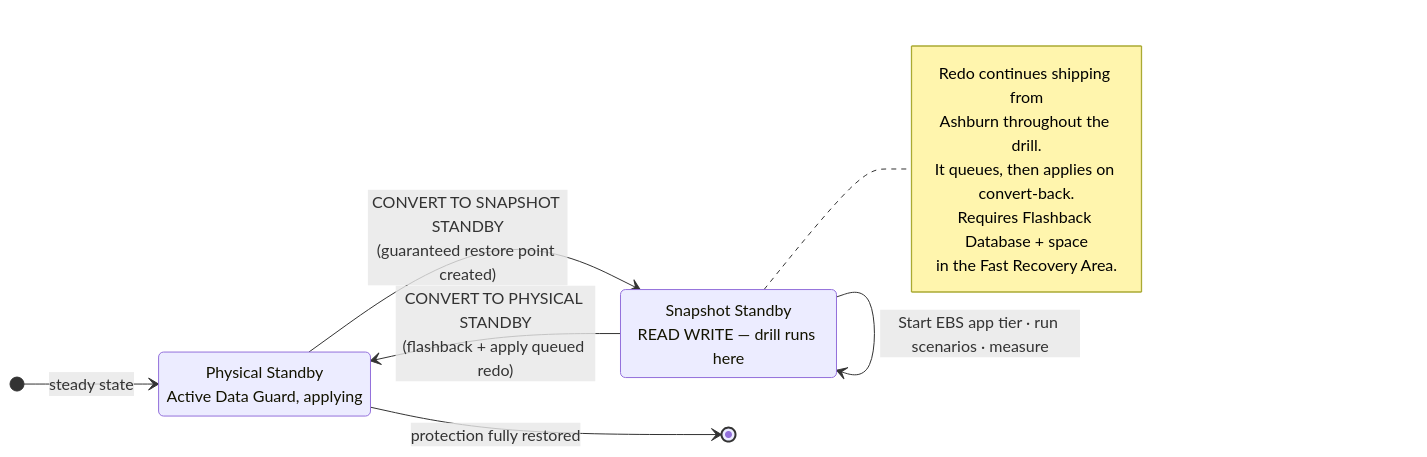
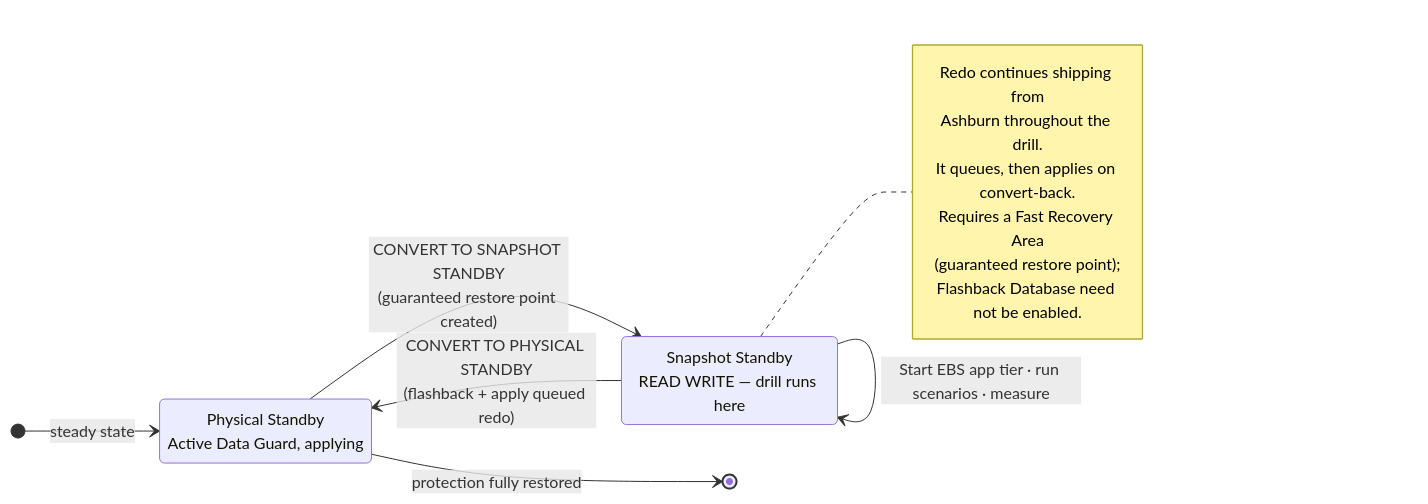
One commit to opscontinuum/oci-itscp changed the diagram in runbooks/RB-04-dr-drill.md. Above: the diagram before and after it, drawn with Mermaid. The commit also changed other lines of this file and 40 other files, not shown here.

````diff
--- a/runbooks/RB-04-dr-drill.md
+++ b/runbooks/RB-04-dr-drill.md
@@ -28,19 +30,20 @@
 ```mermaid
 stateDiagram-v2
     direction LR
     [*] --> Physical: steady state
     Physical: Physical Standby<br/>Active Data Guard, applying
     Snapshot: Snapshot Standby<br/>READ WRITE — drill runs here
     Physical --> Snapshot: CONVERT TO SNAPSHOT STANDBY<br/>(guaranteed restore point created)
     Snapshot --> Snapshot: Start EBS app tier · run scenarios · measure
     Snapshot --> Physical: CONVERT TO PHYSICAL STANDBY<br/>(flashback + apply queued redo)
     Physical --> [*]: protection fully restored
 
     note right of Snapshot
         Redo continues shipping from
         Ashburn throughout the drill.
         It queues, then applies on convert-back.
-        Requires Flashback Database + space
-        in the Fast Recovery Area.
+        Requires a Fast Recovery Area
+        (guaranteed restore point);
+        Flashback Database need not be enabled.
     end note
 ```
````
